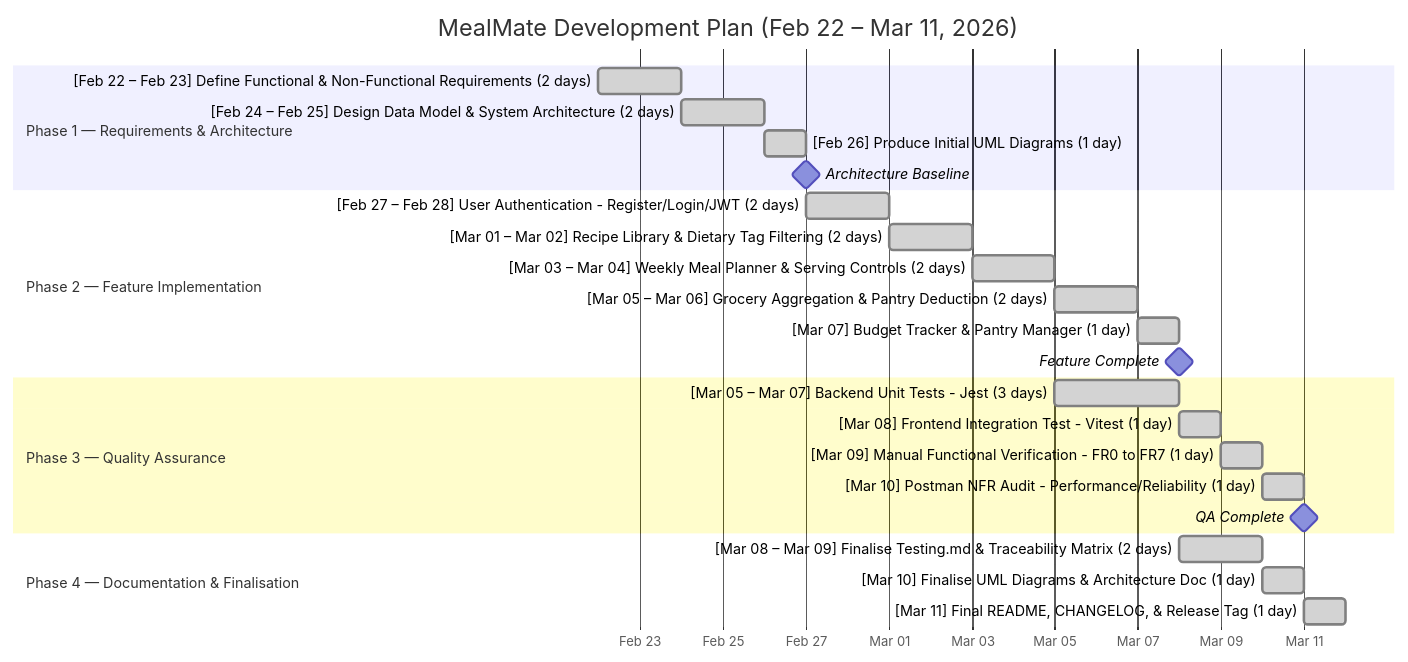
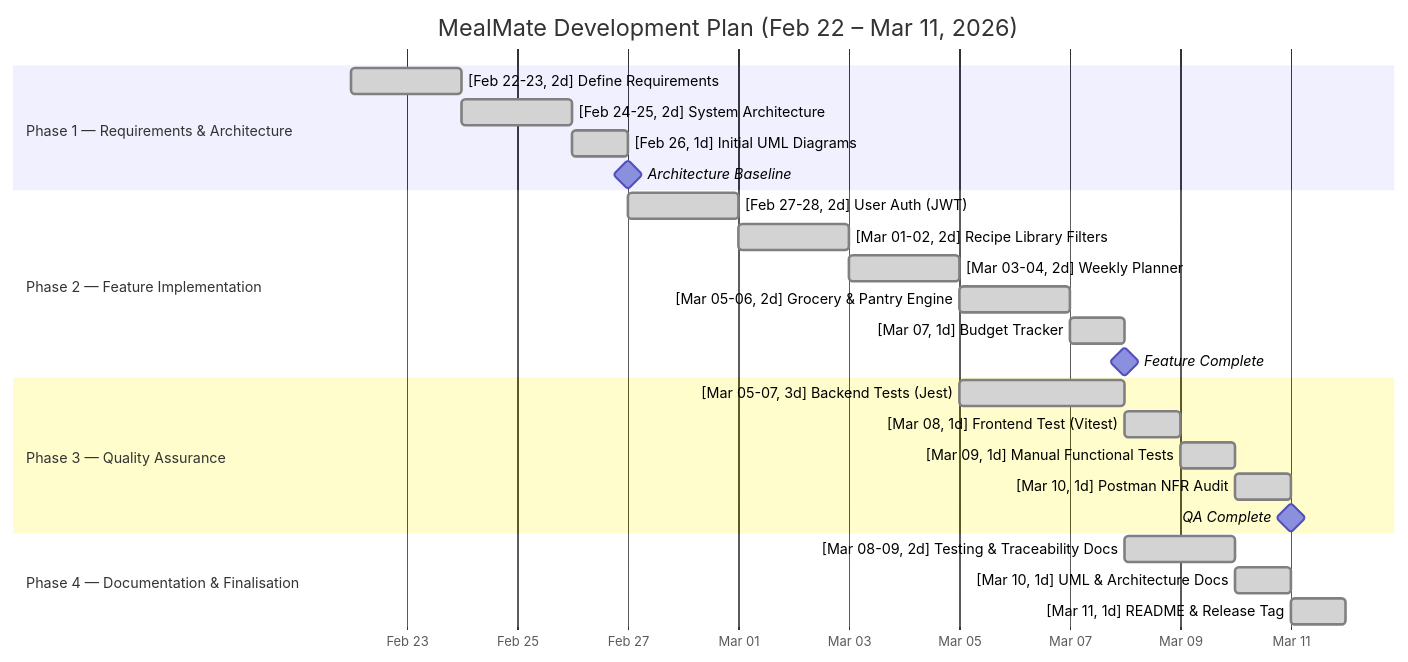
Before and after one commit to OmarIUBH/software-engineering-project: the diagram in docs/timeline.mmd, drawn with Mermaid. The commit also changed 1 other file, not shown here.

Commit message:
docs: reduce timeline left padding and shorten labels to fix chart width

```diff
--- a/docs/timeline.mmd
+++ b/docs/timeline.mmd
@@ -1,31 +1,31 @@
-%%{init: {'gantt': {'leftPadding': 450}}}%%
+%%{init: {'gantt': {'leftPadding': 260}}}%%
 gantt
     title MealMate Development Plan (Feb 22 – Mar 11, 2026)
     dateFormat  YYYY-MM-DD
     axisFormat  %b %d
 
     section Phase 1 — Requirements & Architecture
-    [Feb 22 – Feb 23] Define Functional & Non-Functional Requirements (2 days) : done, p1a, 2026-02-22, 2d
-    [Feb 24 – Feb 25] Design Data Model & System Architecture (2 days)         : done, p1b, after p1a, 2d
-    [Feb 26] Produce Initial UML Diagrams (1 day)                              : done, p1c, after p1b, 1d
-    Architecture Baseline                                                      : milestone, m1, after p1c, 0d
+    [Feb 22-23, 2d] Define Requirements     : done, p1a, 2026-02-22, 2d
+    [Feb 24-25, 2d] System Architecture     : done, p1b, after p1a, 2d
+    [Feb 26, 1d] Initial UML Diagrams       : done, p1c, after p1b, 1d
+    Architecture Baseline                   : milestone, m1, after p1c, 0d
 
     section Phase 2 — Feature Implementation
-    [Feb 27 – Feb 28] User Authentication - Register/Login/JWT (2 days)        : done, p2a, after m1, 2d
-    [Mar 01 – Mar 02] Recipe Library & Dietary Tag Filtering (2 days)          : done, p2b, after p2a, 2d
-    [Mar 03 – Mar 04] Weekly Meal Planner & Serving Controls (2 days)          : done, p2c, after p2b, 2d
-    [Mar 05 – Mar 06] Grocery Aggregation & Pantry Deduction (2 days)          : done, p2d, after p2c, 2d
-    [Mar 07] Budget Tracker & Pantry Manager (1 day)                           : done, p2e, after p2d, 1d
-    Feature Complete                                                           : milestone, m2, after p2e, 0d
+    [Feb 27-28, 2d] User Auth (JWT)             : done, p2a, after m1, 2d
+    [Mar 01-02, 2d] Recipe Library Filters      : done, p2b, after p2a, 2d
+    [Mar 03-04, 2d] Weekly Planner              : done, p2c, after p2b, 2d
+    [Mar 05-06, 2d] Grocery & Pantry Engine     : done, p2d, after p2c, 2d
+    [Mar 07, 1d] Budget Tracker                 : done, p2e, after p2d, 1d
+    Feature Complete                            : milestone, m2, after p2e, 0d
 
     section Phase 3 — Quality Assurance
-    [Mar 05 – Mar 07] Backend Unit Tests - Jest (3 days)                       : done, p3a, 2026-03-05, 3d
-    [Mar 08] Frontend Integration Test - Vitest (1 day)                        : done, p3b, after p3a, 1d
-    [Mar 09] Manual Functional Verification - FR0 to FR7 (1 day)               : done, p3c, after p3b, 1d
-    [Mar 10] Postman NFR Audit - Performance/Reliability (1 day)               : done, p3d, after p3c, 1d
-    QA Complete                                                                : milestone, m3, after p3d, 0d
+    [Mar 05-07, 3d] Backend Tests (Jest)        : done, p3a, 2026-03-05, 3d
+    [Mar 08, 1d] Frontend Test (Vitest)         : done, p3b, after p3a, 1d
+    [Mar 09, 1d] Manual Functional Tests        : done, p3c, after p3b, 1d
+    [Mar 10, 1d] Postman NFR Audit              : done, p3d, after p3c, 1d
+    QA Complete                                 : milestone, m3, after p3d, 0d
 
     section Phase 4 — Documentation & Finalisation
-    [Mar 08 – Mar 09] Finalise Testing.md & Traceability Matrix (2 days)       : done, p4a, 2026-03-08, 2d
-    [Mar 10] Finalise UML Diagrams & Architecture Doc (1 day)                  : done, p4b, after p4a, 1d
-    [Mar 11] Final README, CHANGELOG, & Release Tag (1 day)                    : done, p4c, after p4b, 1d
+    [Mar 08-09, 2d] Testing & Traceability Docs : done, p4a, 2026-03-08, 2d
+    [Mar 10, 1d] UML & Architecture Docs        : done, p4b, after p4a, 1d
+    [Mar 11, 1d] README & Release Tag           : done, p4c, after p4b, 1d
```
